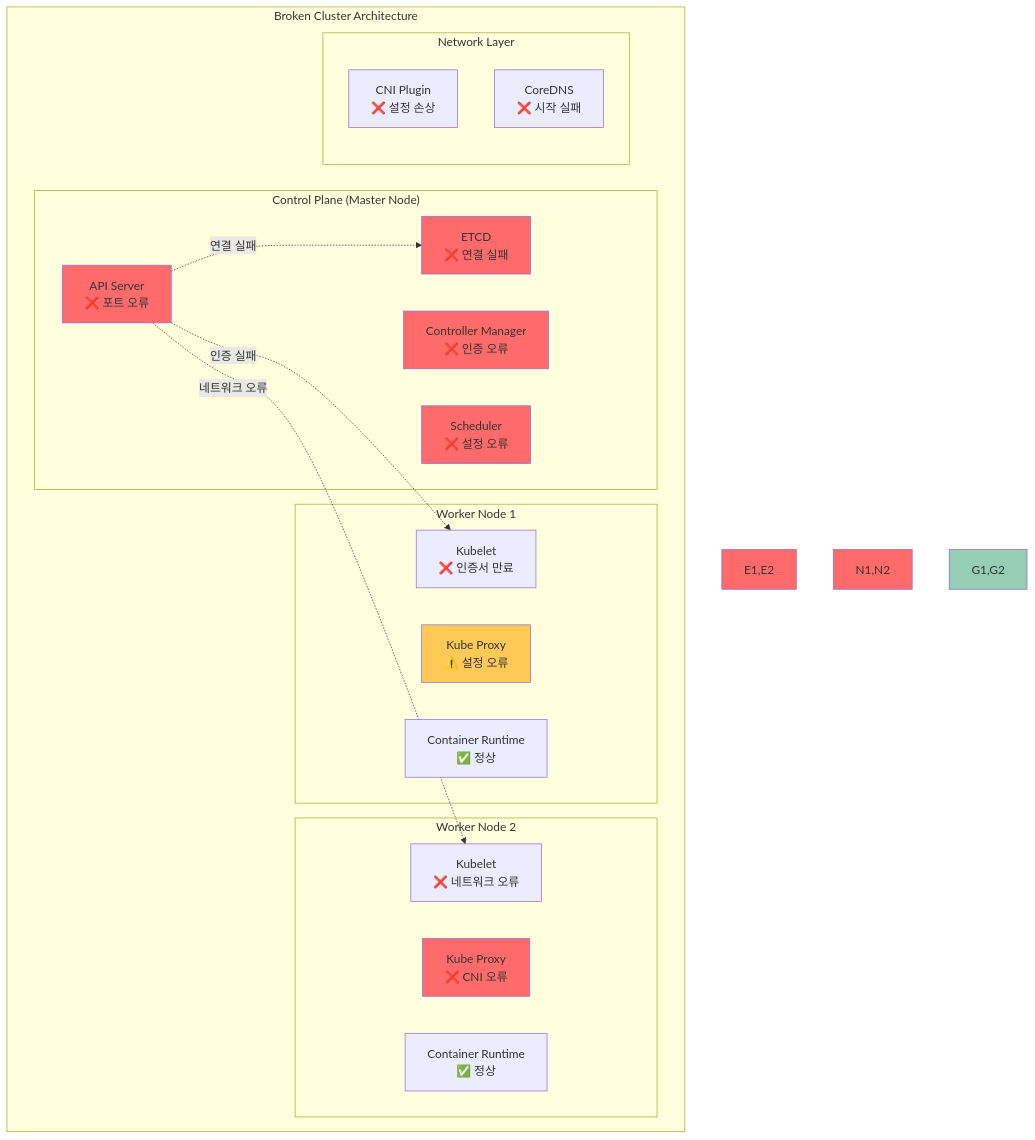
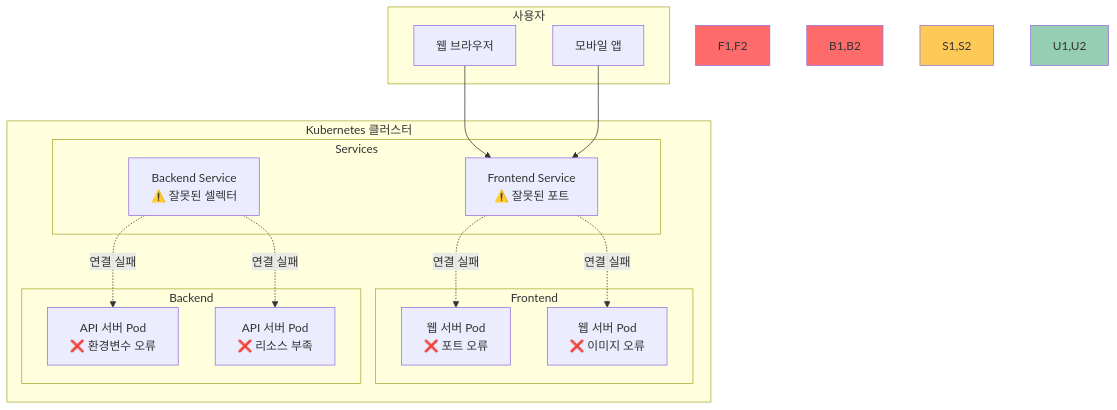
One commit to niceguy61/kdt_devops_lecture_2025 changed the diagram in theory/week_03/day1/challenge_1.md. Above: the diagram before and after it, drawn with Mermaid. The commit also changed other lines of this file and 16 other files, not shown here.

````diff
--- a/theory/week_03/day1/challenge_1.md
+++ b/theory/week_03/day1/challenge_1.md
@@ -11,42 +11,36 @@
 ```mermaid
 graph TB
-    subgraph "Broken Cluster Architecture"
-        subgraph "Control Plane (Master Node)"
-            A[API Server<br/>❌ 포트 오류]
-            B[ETCD<br/>❌ 연결 실패]
-            C[Controller Manager<br/>❌ 인증 오류]
-            D[Scheduler<br/>❌ 설정 오류]
+    subgraph "사용자"
+        U1[웹 브라우저]
+        U2[모바일 앱]
+    end
+    
+    subgraph "Kubernetes 클러스터"
+        subgraph "Frontend"
+            F1[웹 서버 Pod<br/>❌ 포트 오류]
+            F2[웹 서버 Pod<br/>❌ 이미지 오류]
         end
         
-        subgraph "Worker Node 1"
-            E1[Kubelet<br/>❌ 인증서 만료]
-            F1[Kube Proxy<br/>⚠️ 설정 오류]
-            G1[Container Runtime<br/>✅ 정상]
+        subgraph "Backend"
+            B1[API 서버 Pod<br/>❌ 환경변수 오류]
+            B2[API 서버 Pod<br/>❌ 리소스 부족]
         end
         
-        subgraph "Worker Node 2"
-            E2[Kubelet<br/>❌ 네트워크 오류]
-            F2[Kube Proxy<br/>❌ CNI 오류]
-            G2[Container Runtime<br/>✅ 정상]
-        end
-        
-        subgraph "Network Layer"
-            N1[CNI Plugin<br/>❌ 설정 손상]
-            N2[CoreDNS<br/>❌ 시작 실패]
+        subgraph "Services"
+            S1[Frontend Service<br/>⚠️ 잘못된 포트]
+            S2[Backend Service<br/>⚠️ 잘못된 셀렉터]
         end
     end
     
-    A -.->|연결 실패| B
-    A -.->|인증 실패| E1
-    A -.->|네트워크 오류| E2
+    U1 --> S1
+    U2 --> S1
+    S1 -.->|연결 실패| F1
+    S1 -.->|연결 실패| F2
+    S2 -.->|연결 실패| B1
+    S2 -.->|연결 실패| B2
     
-    style A fill:#ff6b6b
-    style B fill:#ff6b6b
-    style C fill:#ff6b6b
-    style D fill:#ff6b6b
-    style E1,E2 fill:#ff6b6b
-    style F1 fill:#feca57
-    style F2 fill:#ff6b6b
-    style N1,N2 fill:#ff6b6b
-    style G1,G2 fill:#96ceb4
+    style F1,F2 fill:#ff6b6b
+    style B1,B2 fill:#ff6b6b
+    style S1,S2 fill:#feca57
+    style U1,U2 fill:#96ceb4
 ```
````
